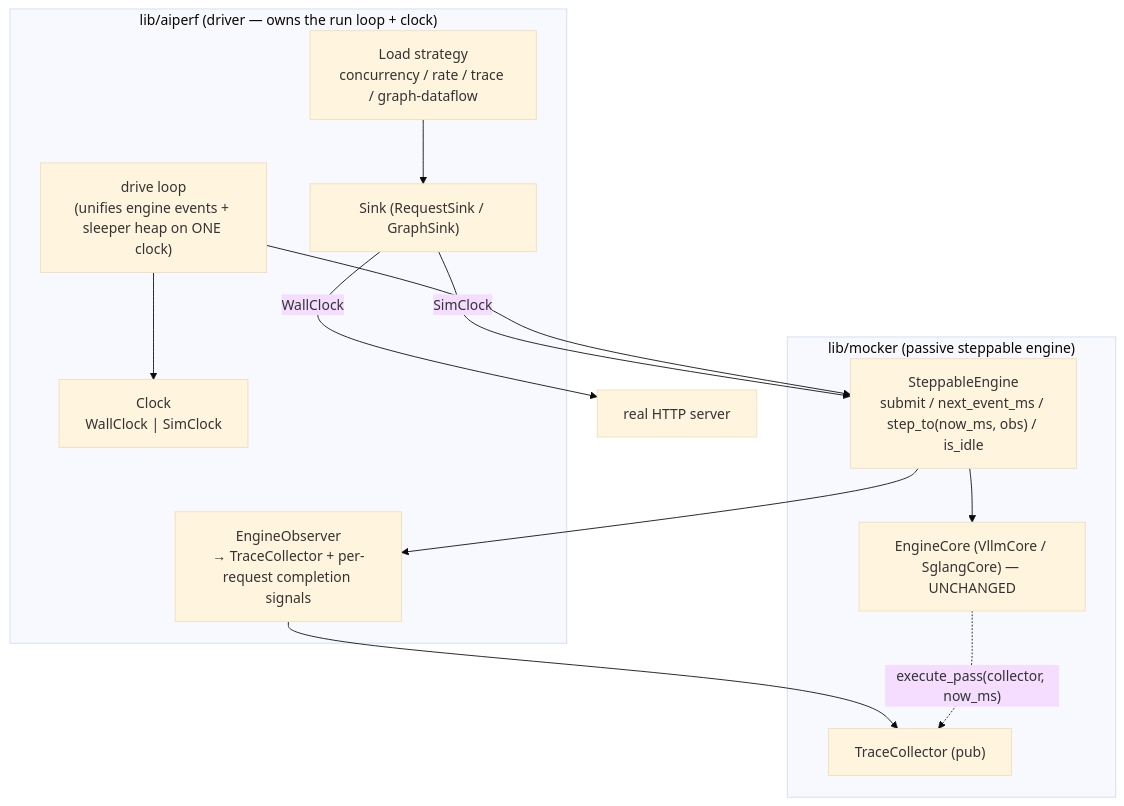
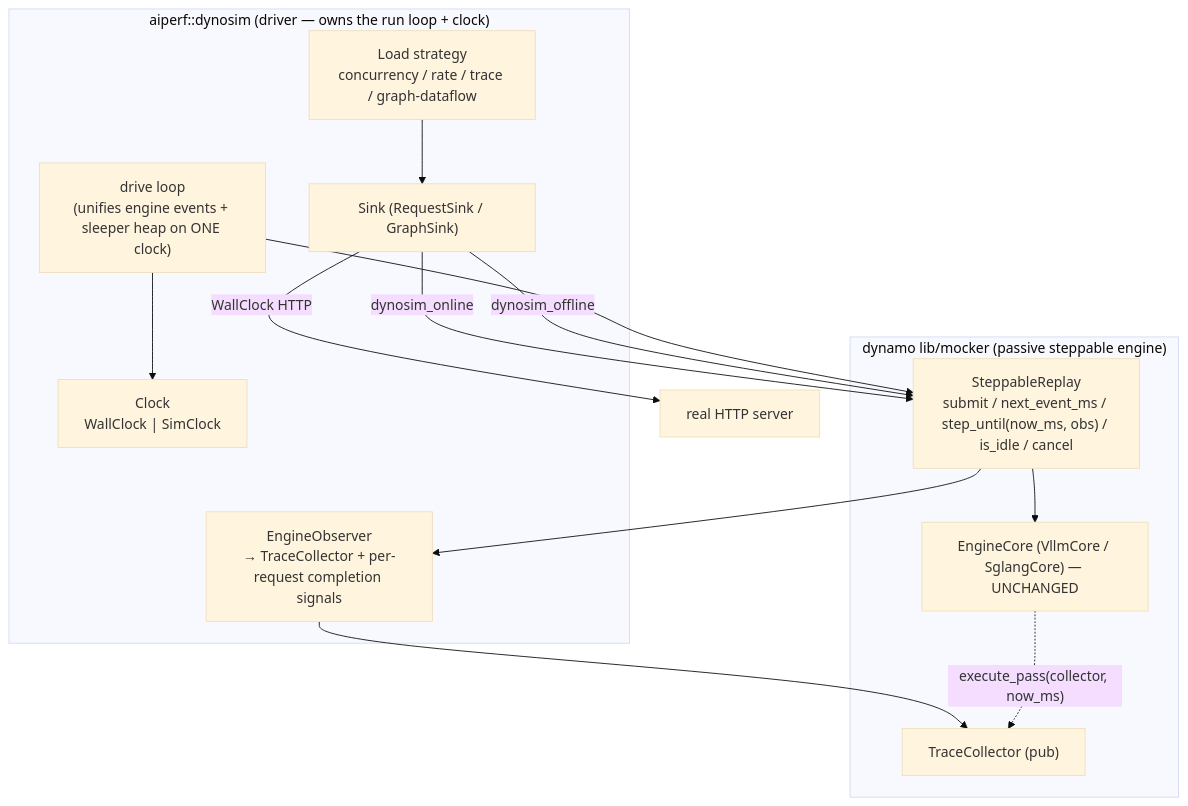
One commit to ai-dynamo/aiperf changed the diagram in specs/2026-07-10-steppable-clock-injected-engine-design.md. Above: the diagram before and after it, drawn with Mermaid (base theme). The commit also changed other lines of this file and 34 other files, not shown here.

````diff
--- a/specs/2026-07-10-steppable-clock-injected-engine-design.md
+++ b/specs/2026-07-10-steppable-clock-injected-engine-design.md
@@ -86,25 +92,26 @@
 ```mermaid
 flowchart TB
-    subgraph aiperf["lib/aiperf  (driver — owns the run loop + clock)"]
+    subgraph aiperf["aiperf::dynosim  (driver — owns the run loop + clock)"]
         strat["Load strategy<br/>concurrency / rate / trace / graph-dataflow"]
         clock["Clock<br/>WallClock | SimClock"]
         driver["drive loop<br/>(unifies engine events + sleeper heap on ONE clock)"]
         obs["EngineObserver<br/>→ TraceCollector + per-request completion signals"]
         sink["Sink (RequestSink / GraphSink)"]
     end
-    subgraph mocker["lib/mocker  (passive steppable engine)"]
-        eng["SteppableEngine<br/>submit / next_event_ms / step_to(now_ms, obs) / is_idle"]
+    subgraph mocker["dynamo lib/mocker  (passive steppable engine)"]
+        eng["SteppableReplay<br/>submit / next_event_ms / step_until(now_ms, obs) / is_idle / cancel"]
         core["EngineCore (VllmCore / SglangCore) — UNCHANGED"]
         coll["TraceCollector (pub)"]
     end
 
     strat --> sink
-    sink -->|WallClock| http["real HTTP server"]
-    sink -->|SimClock| eng
+    sink -->|WallClock HTTP| http["real HTTP server"]
+    sink -->|dynosim_online| eng
+    sink -->|dynosim_offline| eng
     driver --> clock
     driver --> eng
     eng --> core
     eng --> obs
     obs --> coll
     core -.->|"execute_pass(collector, now_ms)"| coll
 ```
````
